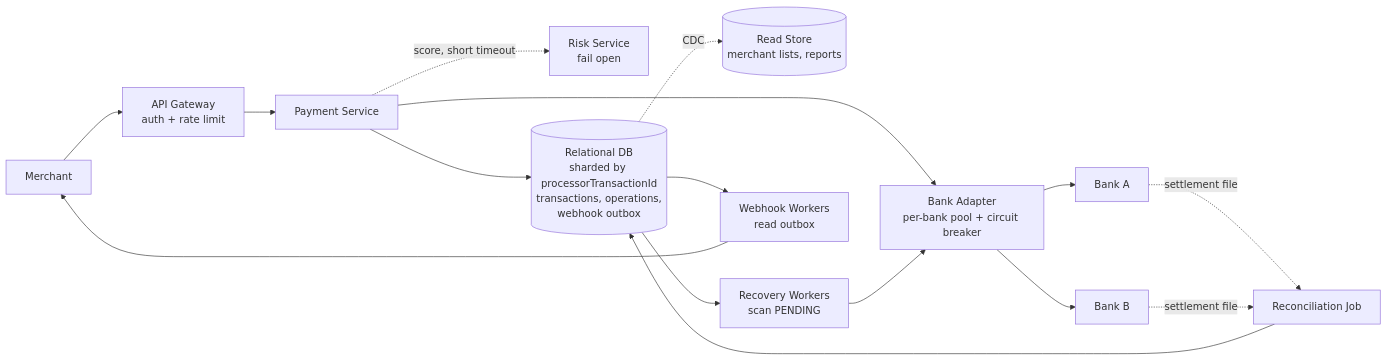
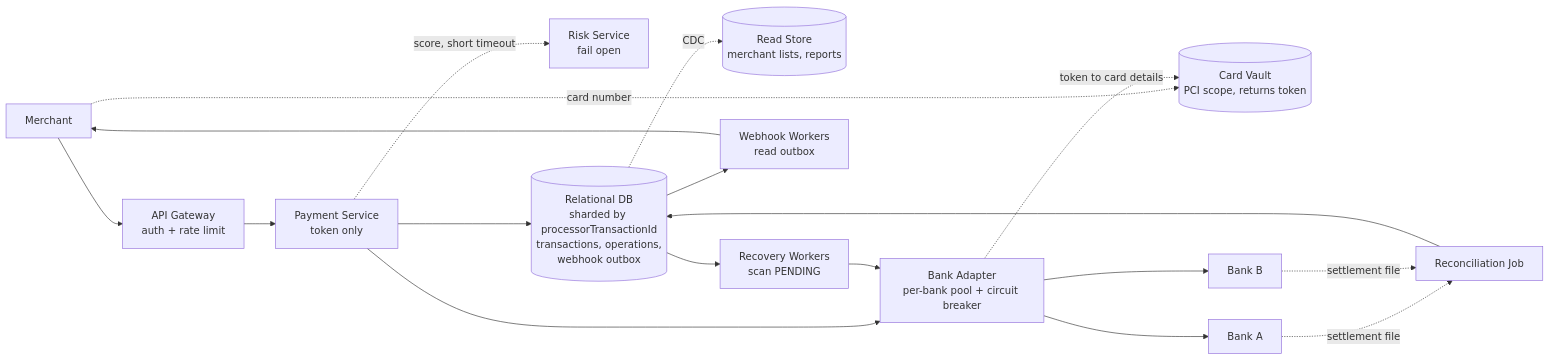
One commit to lingyun3730/future changed the second of 4 diagrams in system-design/payment-processor-design-prep.md. Above: the diagram before and after it, drawn with Mermaid. The commit also changed other lines of this file, not shown here.

Commit message:
Add card vault to payment processor architecture diagram

````diff
--- a/system-design/payment-processor-design-prep.md
+++ b/system-design/payment-processor-design-prep.md
@@ -1209,18 +1210,20 @@
 ```mermaid
 flowchart LR
     M[Merchant] --> GW[API Gateway<br/>auth + rate limit]
-    GW --> PS[Payment Service]
+    M -.card number.-> VT[(Card Vault<br/>PCI scope, returns token)]
+    GW --> PS[Payment Service<br/>token only]
     PS -.score, short timeout.-> RS[Risk Service<br/>fail open]
     PS --> DB[(Relational DB<br/>sharded by processorTransactionId<br/>transactions, operations,<br/>webhook outbox)]
     DB -.CDC.-> RO[(Read Store<br/>merchant lists, reports)]
     DB --> BW[Recovery Workers<br/>scan PENDING]
     DB --> WW[Webhook Workers<br/>read outbox]
     PS --> BA[Bank Adapter<br/>per-bank pool + circuit breaker]
+    BA -.token to card details.-> VT
     BW --> BA
     BA --> B1[Bank A]
     BA --> B2[Bank B]
     WW --> M
     REC[Reconciliation Job] --> DB
     B1 -.settlement file.-> REC
     B2 -.settlement file.-> REC
 ```
````
